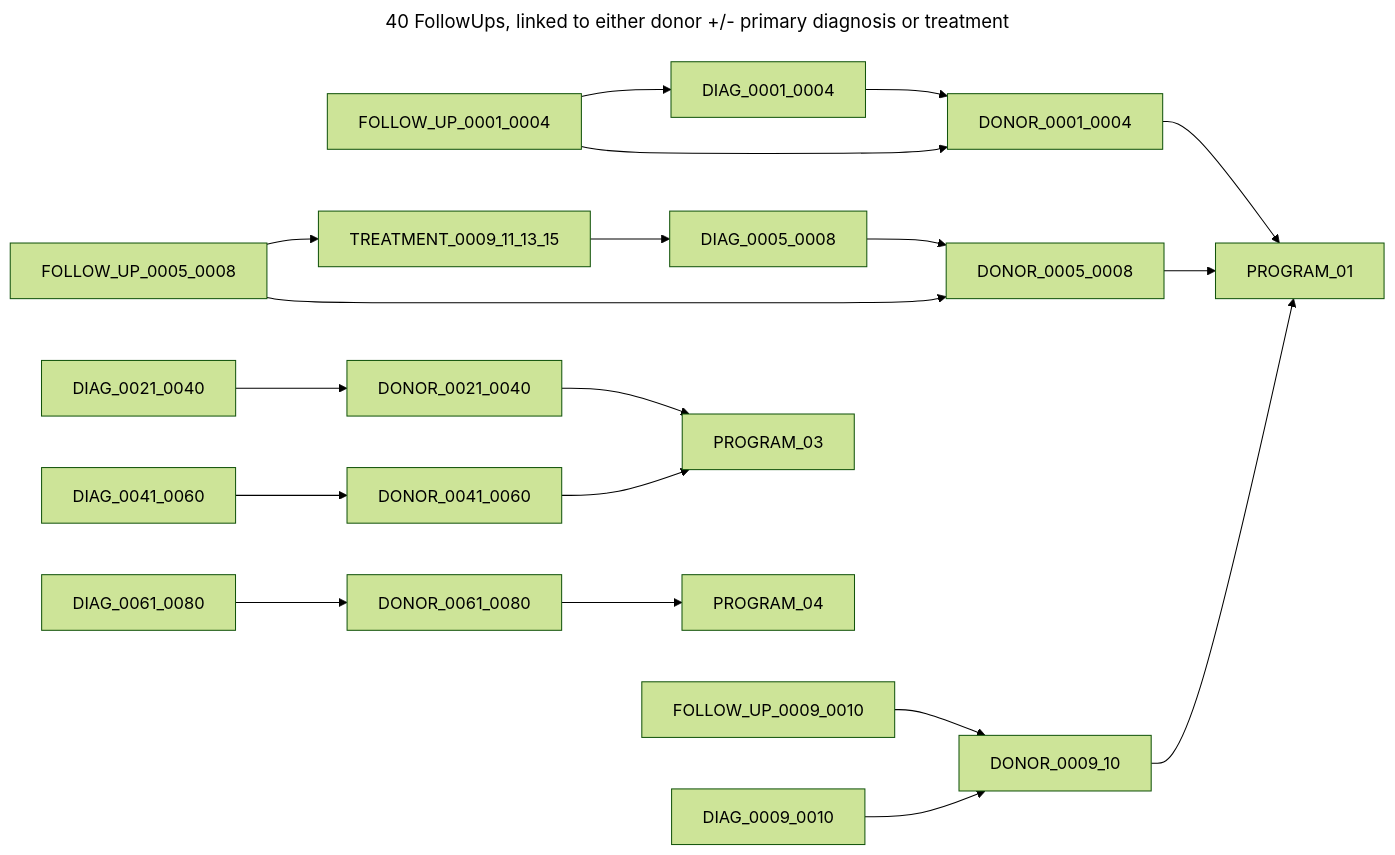
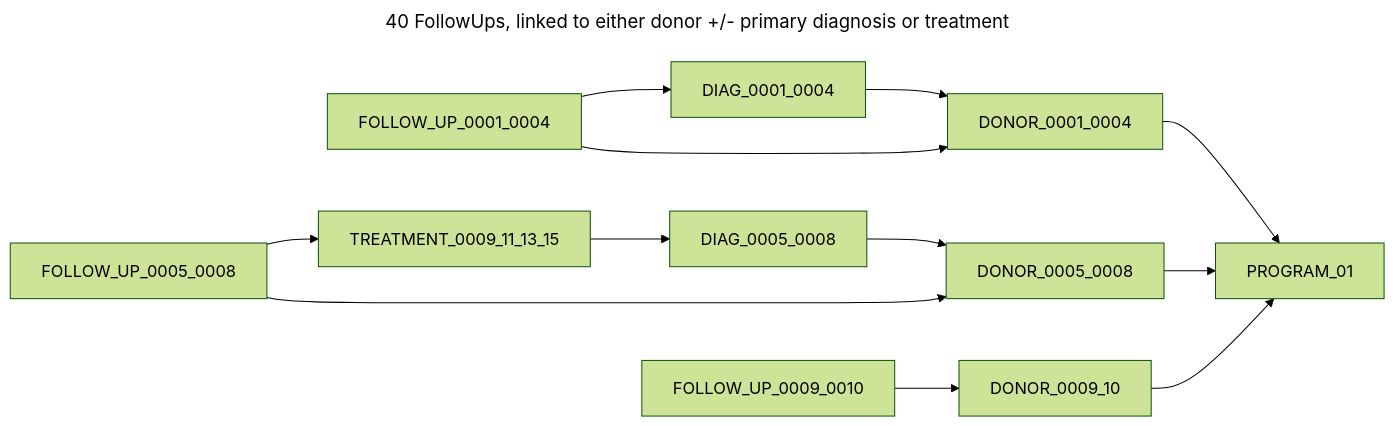
The seventh of 9 diagrams in chord_metadata_service/mohpackets/data/small_dataset/README.md (CanDIG/katsu), drawn with Mermaid (forest theme) before and after one commit.

````diff
--- a/chord_metadata_service/mohpackets/data/small_dataset/README.md
+++ b/chord_metadata_service/mohpackets/data/small_dataset/README.md
@@ -121,18 +121,15 @@
 ```mermaid
 ---
 title: 40 FollowUps, linked to either donor +/- primary diagnosis or treatment
 ---
 graph LR;  
   DIAG_0001_0004 --> DONOR_0001_0004 --> PROGRAM_01;
   FOLLOW_UP_0001_0004 --> DONOR_0001_0004;
   FOLLOW_UP_0001_0004 --> DIAG_0001_0004;
   TREATMENT_0009_11_13_15 --> DIAG_0005_0008 --> DONOR_0005_0008 --> PROGRAM_01;
   FOLLOW_UP_0005_0008 --> DONOR_0005_0008;
   FOLLOW_UP_0005_0008 --> TREATMENT_0009_11_13_15;
   FOLLOW_UP_0009_0010 --> DONOR_0009_10 --> PROGRAM_01;
-  DIAG_0009_0010 --> DONOR_0009_10;
-  DIAG_0021_0040 --> DONOR_0021_0040 --> PROGRAM_03;  
-  DIAG_0041_0060 --> DONOR_0041_0060 --> PROGRAM_03;  
-  DIAG_0061_0080 --> DONOR_0061_0080 --> PROGRAM_04;
+  
   
 ```
````
